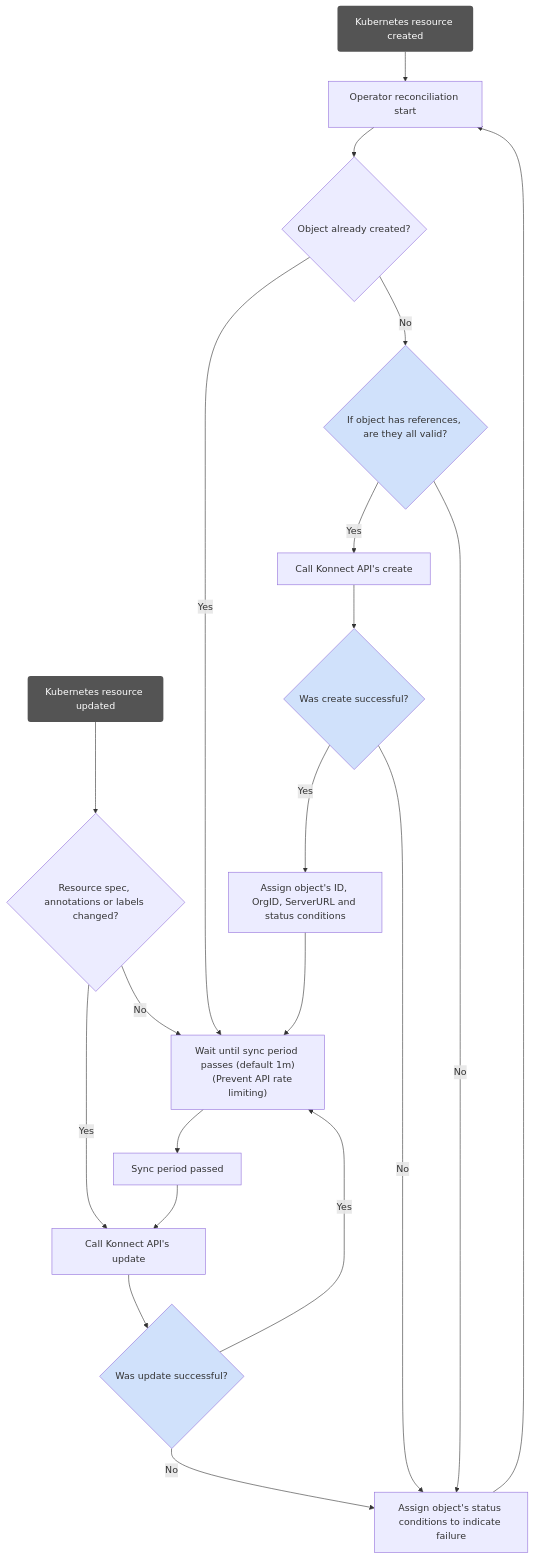
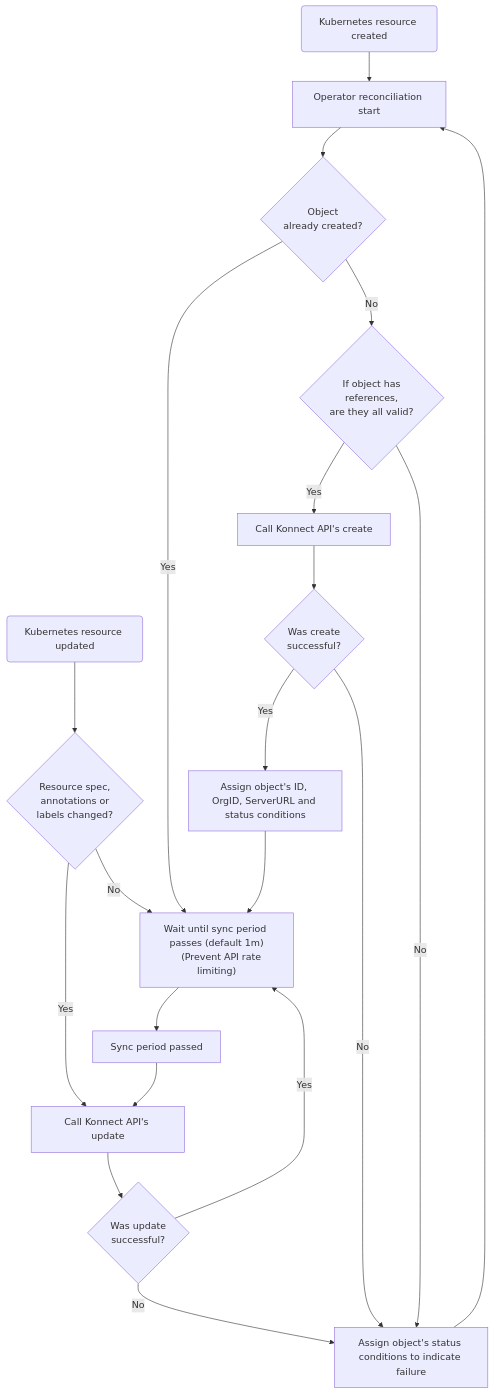
Before and after one commit to Kong/developer.konghq.com: the diagram in app/operator/konnect/reconciliation-loop.md, drawn with Mermaid. The commit also changed other lines of this file and 3 other files, not shown here.

```diff
--- a/app/operator/konnect/reconciliation-loop.md
+++ b/app/operator/konnect/reconciliation-loop.md
@@ -66,45 +66,47 @@
 {% mermaid %}
 flowchart TB
-
-classDef decision fill:#d0e1fb
-classDef start fill:#545454,stroke:none,color:#fff
 
     k8sResourceCreated(Kubernetes resource created)
     k8sResourceUpdated(Kubernetes resource updated)
     rLoopStart[Operator reconciliation start]
     failure[Assign object's status conditions to indicate failure]
-    resourceSpecChanged{Resource spec, annotations or labels changed?}
+    resourceSpecChanged{Resource spec, 
+    annotations or 
+    labels changed?}
     waitForSync["Wait until sync period passes (default 1m)
     (Prevent API rate limiting)"]
     createSuccess[Assign object's ID, OrgID, ServerURL and status conditions]
-    hasReferences{If object has references, are they all valid?}
-    isAlreadyCreated{Object already created?}
+    hasReferences{If object has 
+    references, 
+    are they all valid?}
+    isAlreadyCreated{Object 
+    already created?}
     syncPeriodPassed[Sync period passed]
     updateKonnectEntity[Call Konnect API's update]
-    wasUpdateSuccessful{Was update successful?}
-    wasCreateSuccessful{Was create successful?}
+    wasUpdateSuccessful{Was update 
+    successful?}
+    wasCreateSuccessful{Was create 
+    successful?}
     callCreate[Call Konnect API's create]
 
     k8sResourceCreated --> rLoopStart
     rLoopStart --> isAlreadyCreated
     isAlreadyCreated -->|Yes| waitForSync
     isAlreadyCreated -->|No| hasReferences
     hasReferences -->|Yes| callCreate
     hasReferences -->|No| failure
     callCreate --> wasCreateSuccessful
     wasCreateSuccessful -->|Yes| createSuccess
     wasCreateSuccessful -->|No| failure
     k8sResourceUpdated --> resourceSpecChanged
     resourceSpecChanged -->|Yes| updateKonnectEntity
     resourceSpecChanged -->|No| waitForSync
     createSuccess --> waitForSync
     waitForSync --> syncPeriodPassed
     syncPeriodPassed --> updateKonnectEntity
     updateKonnectEntity --> wasUpdateSuccessful
     wasUpdateSuccessful -->|Yes| waitForSync
     wasUpdateSuccessful -->|No| failure
     failure -->rLoopStart
 
-class hasReferences,wasCreateSuccessful,wasUpdateSuccessful decision
-class k8sResourceCreated,k8sResourceUpdated start
 {% endmermaid %}
```
